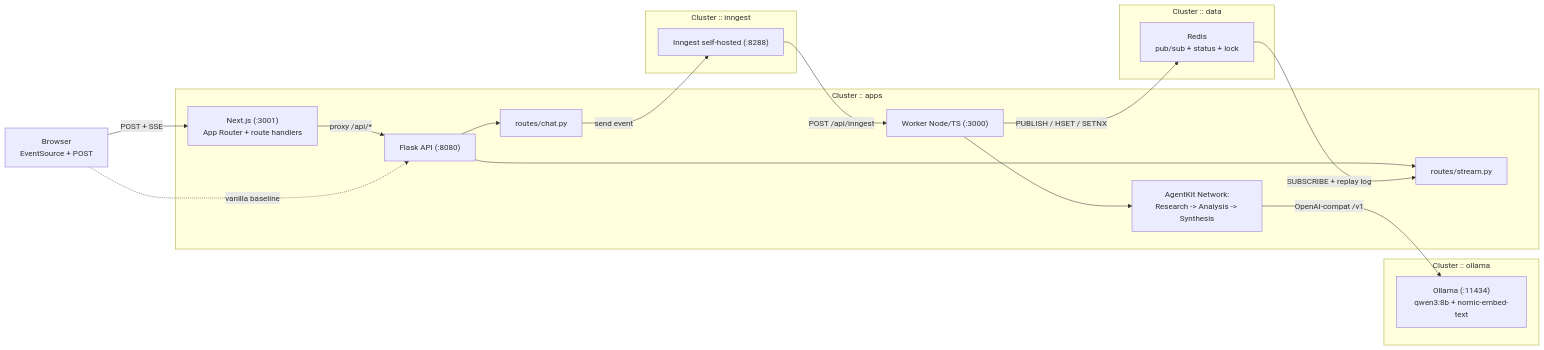
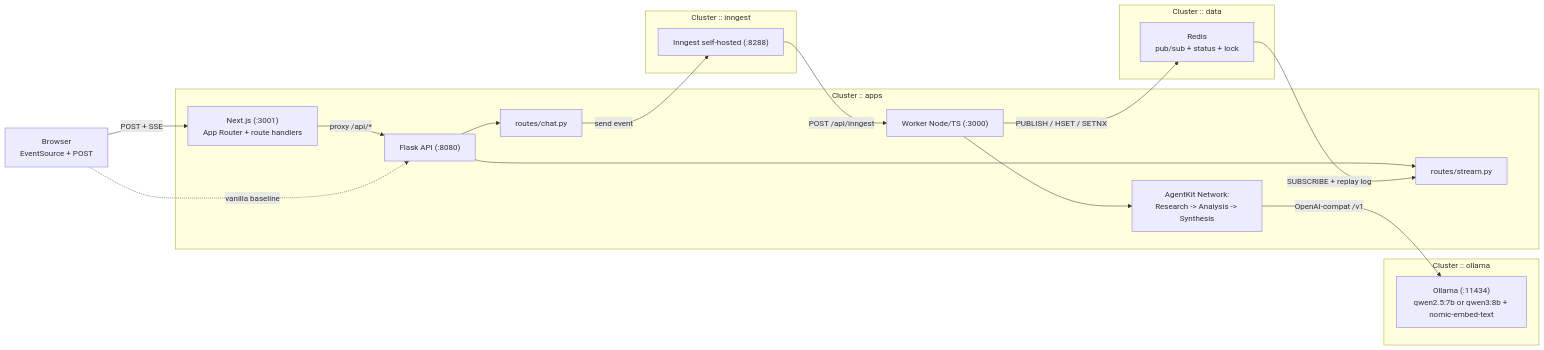
One commit to kasasa22/_llmBoilerGrow2025 changed the first of 3 diagrams in __README.MD. Above: the diagram before and after it, drawn with Mermaid. The commit also changed other lines of this file and 1 other file, not shown here.

Commit message:
docs: update README with live demo endpoints and architecture details

````diff
--- a/__README.MD
+++ b/__README.MD
@@ -30,37 +29,37 @@
 ```mermaid
 flowchart LR
   browser["Browser<br/>EventSource + POST"]
 
   subgraph apps["Cluster :: apps"]
     web["Next.js (:3001)<br/>App Router + route handlers"]
     flask["Flask API (:8080)"]
     chat_route["routes/chat.py"]
     stream_route["routes/stream.py"]
     worker["Worker Node/TS (:3000)"]
     network["AgentKit Network:<br/>Research -> Analysis -> Synthesis"]
     flask --> chat_route
     flask --> stream_route
     worker --> network
   end
 
   subgraph inngest_ns["Cluster :: inngest"]
     inngest["Inngest self-hosted (:8288)"]
   end
 
   subgraph data["Cluster :: data"]
     redis["Redis<br/>pub/sub + status + lock"]
   end
 
   subgraph ollama_ns["Cluster :: ollama"]
-    ollama["Ollama (:11434)<br/>qwen3:8b + nomic-embed-text"]
+    ollama["Ollama (:11434)<br/>qwen2.5:7b or qwen3:8b + nomic-embed-text"]
   end
 
   browser -->|"POST + SSE"| web
   web -->|"proxy /api/*"| flask
   browser -.->|"vanilla baseline"| flask
   chat_route -->|"send event"| inngest
   inngest -->|"POST /api/inngest"| worker
   network -->|"OpenAI-compat /v1"| ollama
   worker -->|"PUBLISH / HSET / SETNX"| redis
   redis -->|"SUBSCRIBE + replay log"| stream_route
 ```
````
